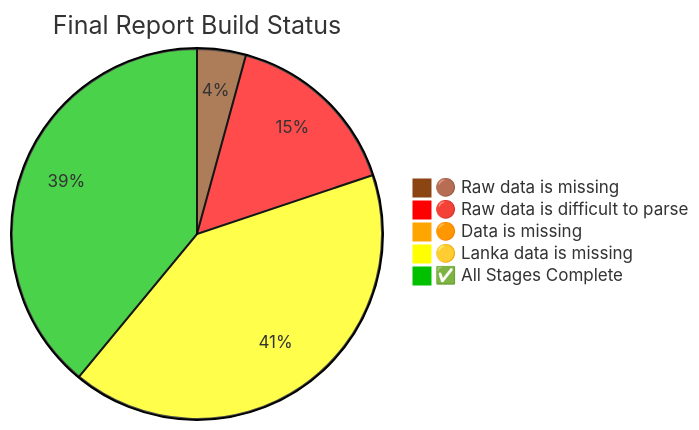
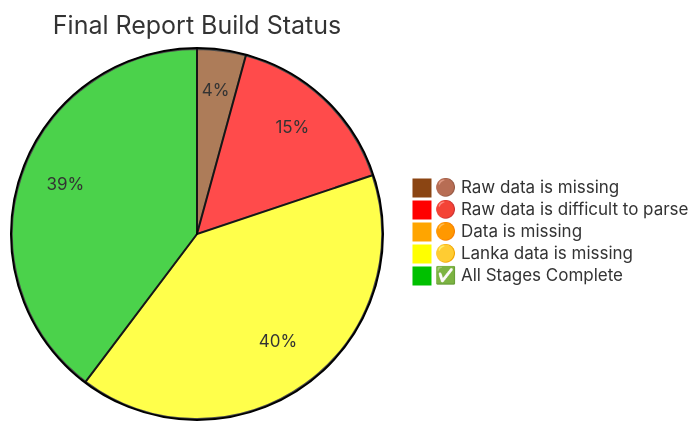
Before and after one commit to nuuuwan/lk_census_2024: the diagram in README.md, drawn with Mermaid. The commit also changed other lines of this file and 3 other files, not shown here.

````diff
--- a/README.md
+++ b/README.md
@@ -220,9 +220,9 @@
 ```mermaid
 %%{init: {"theme": "base", "themeVariables": {"pie1": "#8B4513", "pie2": "#FF0000", "pie3": "#FFA500", "pie4": "#FFFF00", "pie5": "#00c000"}}}%%
 pie title Final Report Build Status
 "🟤 Raw data is missing" : 6
     "🔴 Raw data is difficult to parse" : 22
     "🟠 Data is missing" : 1
-    "🟡 Lanka data is missing" : 58
-    "✅ All Stages Complete" : 55
+    "🟡 Lanka data is missing" : 57
+    "✅ All Stages Complete" : 56
 ```
````
